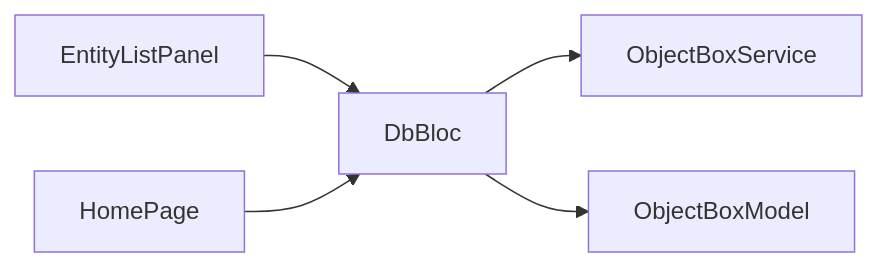
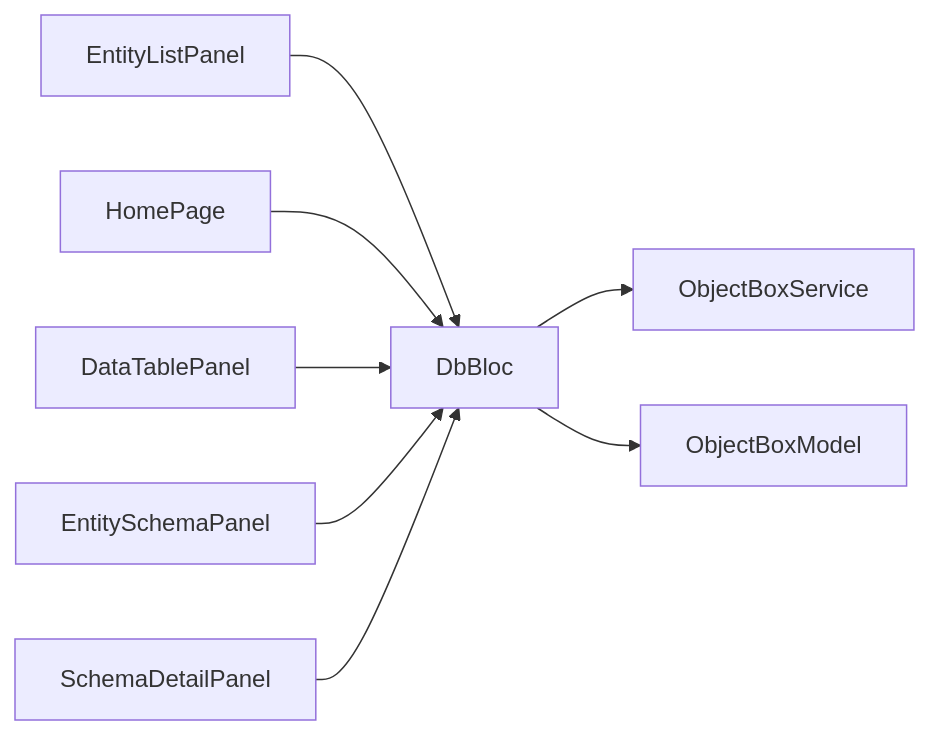
One commit to kongpf8848/objectbox_viewer changed the eighth of 8 diagrams in .qoder/repowiki/zh/content/UI 组件/实体列表面板.md. Above: the diagram before and after it, drawn with Mermaid. The commit also changed other lines of this file and 9 other files, not shown here.

````diff
--- a/.qoder/repowiki/zh/content/UI 组件/实体列表面板.md
+++ b/.qoder/repowiki/zh/content/UI 组件/实体列表面板.md
@@ -298,7 +419,10 @@
 ```mermaid
 graph LR
 ELP["EntityListPanel"] --> DBLOC["DbBloc"]
 HP["HomePage"] --> DBLOC
 DBLOC --> OBS["ObjectBoxService"]
 DBLOC --> OBM["ObjectBoxModel"]
+DTP["DataTablePanel"] --> DBLOC
+ESP["EntitySchemaPanel"] --> DBLOC
+SDP["SchemaDetailPanel"] --> DBLOC
 ```
````
